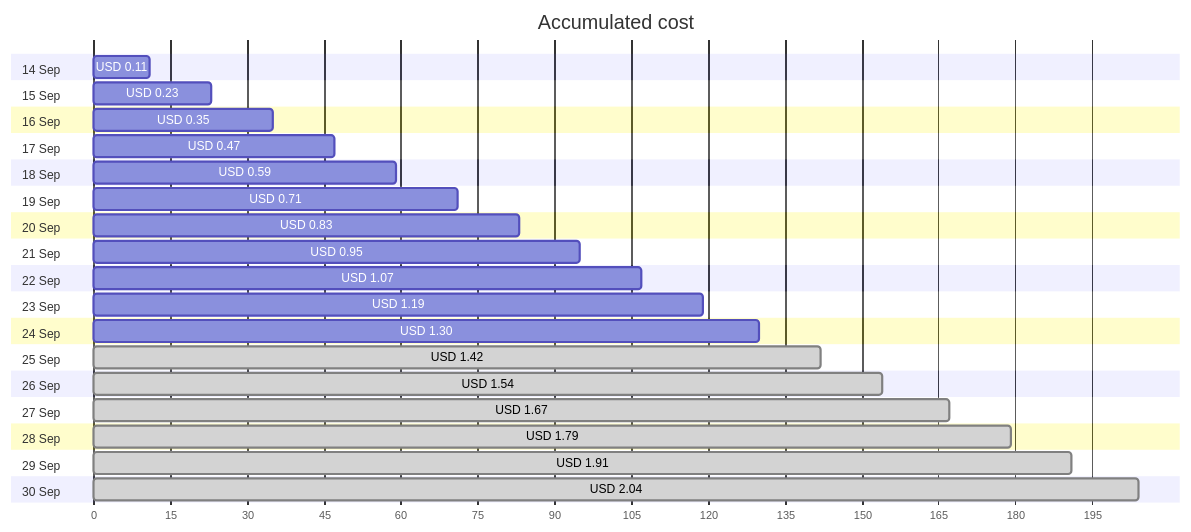
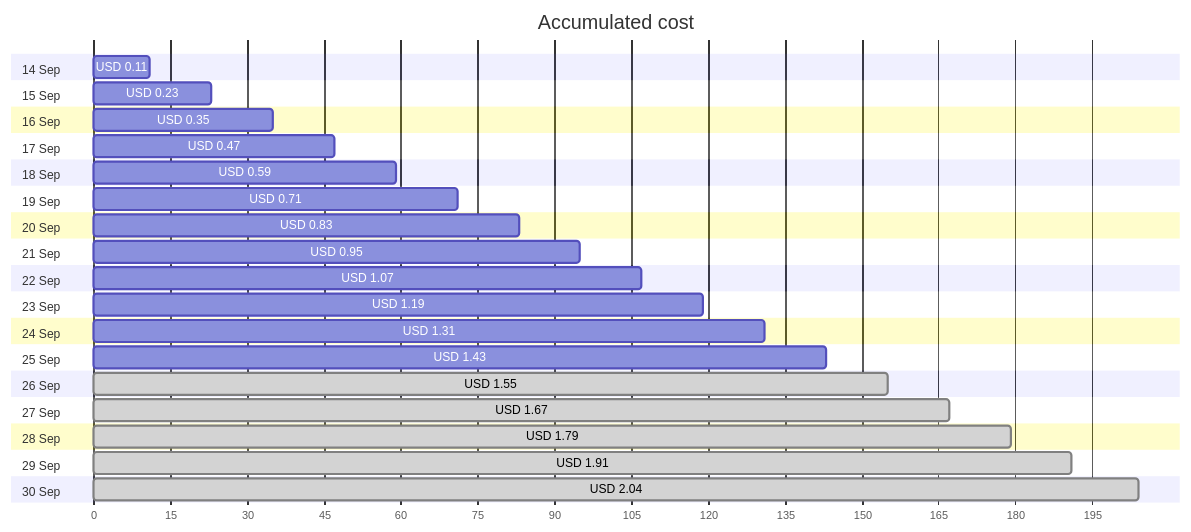
The first of 4 diagrams in cost-reports/personal-network/backup-server-public-ip.md (jpfulton/azure-personal-reports), drawn with Mermaid before and after one commit. The commit also changed other lines of this file and 9 other files, not shown here.

````diff
--- a/cost-reports/personal-network/backup-server-public-ip.md
+++ b/cost-reports/personal-network/backup-server-public-ip.md
@@ -20,40 +20,40 @@
 ```mermaid
 gantt
    title Accumulated cost
    dateFormat  X
    axisFormat %s
    section 14 Sep
    USD 0.11 :0, 11
    section 15 Sep
    USD 0.23 :0, 23
    section 16 Sep
    USD 0.35 :0, 35
    section 17 Sep
    USD 0.47 :0, 47
    section 18 Sep
    USD 0.59 :0, 59
    section 19 Sep
    USD 0.71 :0, 71
    section 20 Sep
    USD 0.83 :0, 83
    section 21 Sep
    USD 0.95 :0, 95
    section 22 Sep
    USD 1.07 :0, 107
    section 23 Sep
    USD 1.19 :0, 119
    section 24 Sep
-   USD 1.30 :0, 130
+   USD 1.31 :0, 131
    section 25 Sep
-   USD 1.42 : done, 0, 142
+   USD 1.43 :0, 143
    section 26 Sep
-   USD 1.54 : done, 0, 154
+   USD 1.55 : done, 0, 155
    section 27 Sep
    USD 1.67 : done, 0, 167
    section 28 Sep
    USD 1.79 : done, 0, 179
    section 29 Sep
    USD 1.91 : done, 0, 191
    section 30 Sep
    USD 2.04 : done, 0, 204
 ```
````
